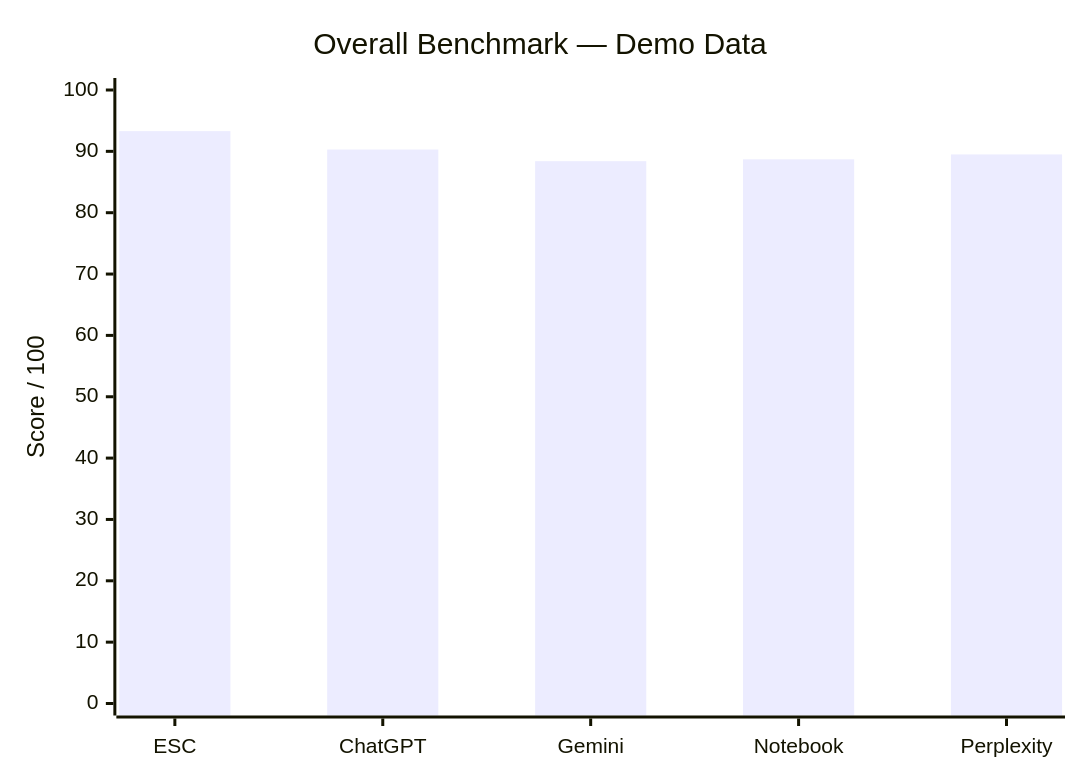
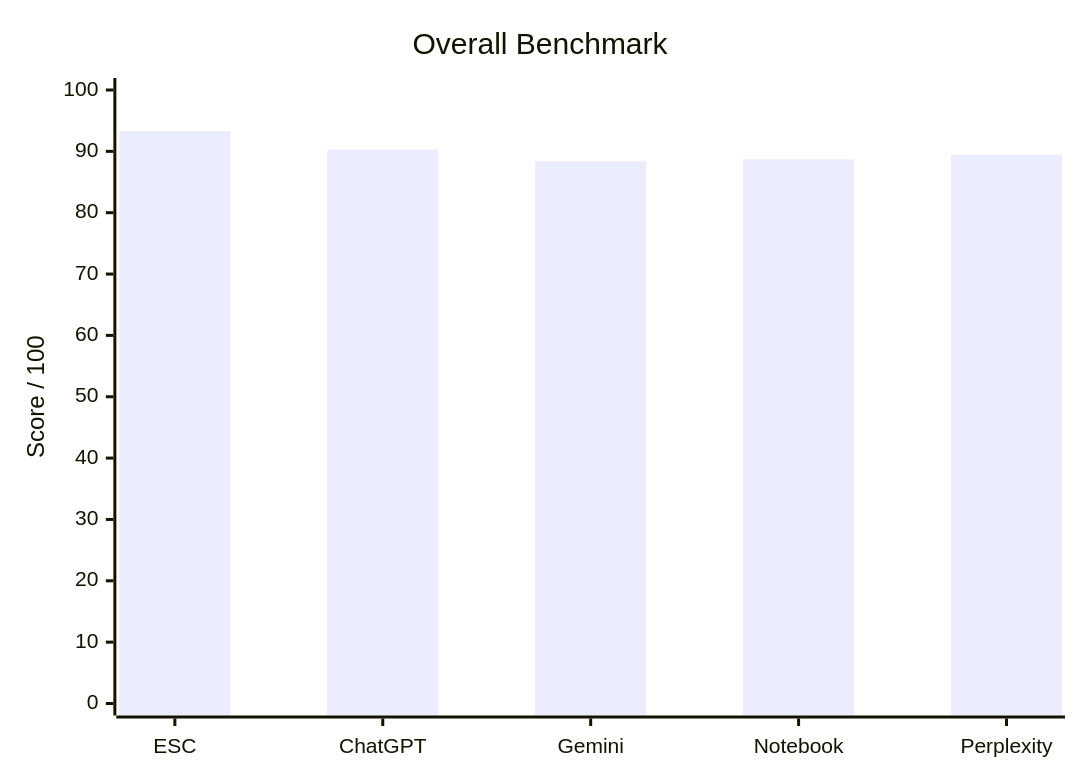
Before and after one commit to mahik2007/hackathon: diagram 16 of 25 in README.md, drawn with Mermaid. The commit also changed other lines of this file, not shown here.

First line of the commit message:
Revise README with actual benchmark scores and comparisons

````diff
--- a/README.md
+++ b/README.md
@@ -310,7 +308,7 @@
 ```mermaid
 xychart-beta
-    title "Overall Benchmark — Demo Data"
+    title "Overall Benchmark"
     x-axis ["ESC", "ChatGPT", "Gemini", "Notebook", "Perplexity"]
     y-axis "Score / 100" 0 --> 100
     bar [93.3, 90.3, 88.4, 88.7, 89.5]
 ```
````
